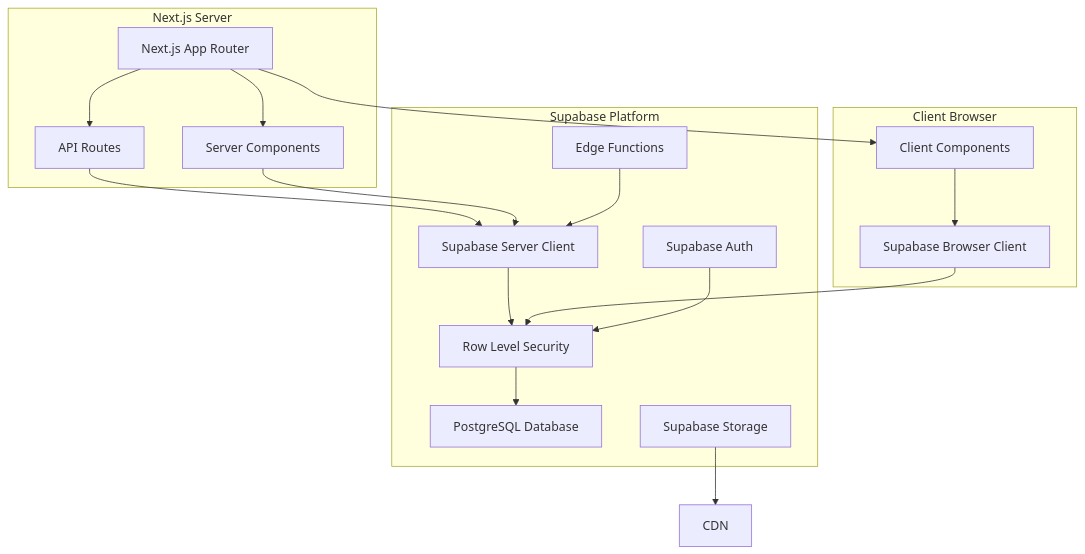
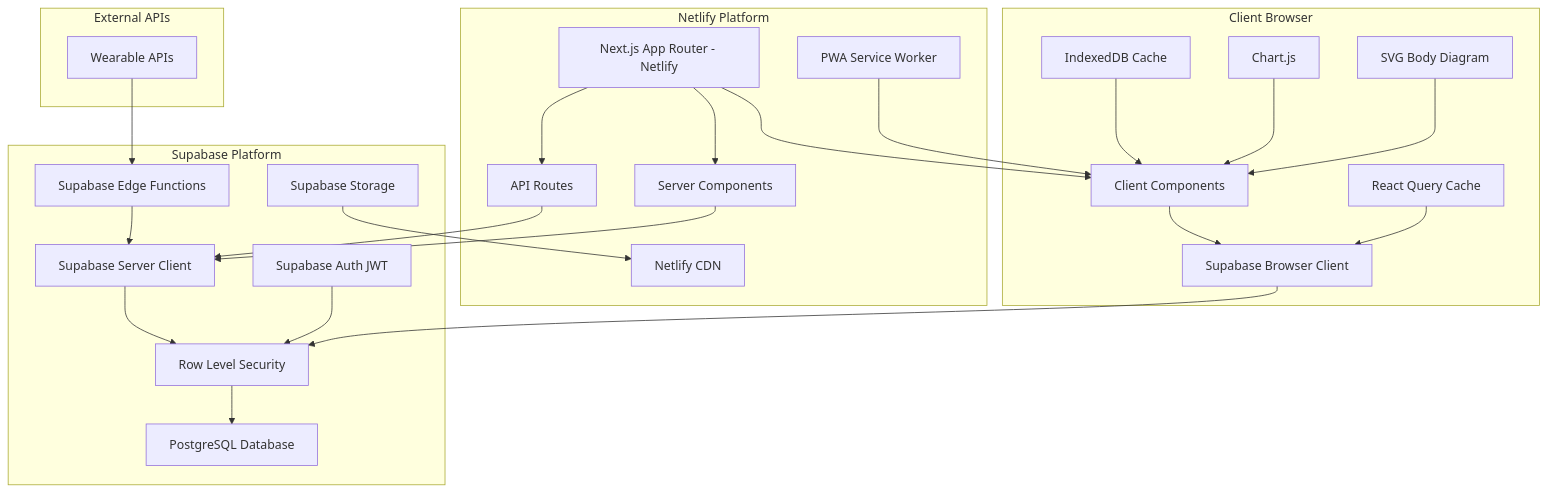
One commit to jostincp/FitTrackerPro changed the second of 3 diagrams in .trae/documents/Technical_Architecture_FitTracker_Pro_v2.md. Above: the diagram before and after it, drawn with Mermaid. The commit also changed other lines of this file and 1 other file, not shown here.

````diff
--- a/.trae/documents/Technical_Architecture_FitTracker_Pro_v2.md
+++ b/.trae/documents/Technical_Architecture_FitTracker_Pro_v2.md
@@ -183,39 +220,57 @@
 ```mermaid
 graph TD
-    A[Next.js App Router] --> B[API Routes]
+    A[Next.js App Router - Netlify] --> B[API Routes]
     A --> C[Server Components]
     A --> D[Client Components]
     
     B --> E[Supabase Server Client]
     C --> E
     D --> F[Supabase Browser Client]
     
     E --> G[Row Level Security]
     F --> G
     
     G --> H[PostgreSQL Database]
     
-    I[Edge Functions] --> E
-    J[Supabase Auth] --> G
-    K[Supabase Storage] --> L[CDN]
+    I[Supabase Edge Functions] --> E
+    J[Supabase Auth JWT] --> G
+    K[Supabase Storage] --> L[Netlify CDN]
     
-    subgraph "Next.js Server"
+    M[PWA Service Worker] --> D
+    N[IndexedDB Cache] --> D
+    O[React Query Cache] --> F
+    
+    P[Wearable APIs] --> I
+    Q[Chart.js] --> D
+    R[SVG Body Diagram] --> D
+    
+    subgraph "Netlify Platform"
         A
         B
         C
+        L
+        M
     end
     
     subgraph "Client Browser"
         D
         F
+        N
+        O
+        Q
+        R
     end
     
     subgraph "Supabase Platform"
         E
         G
         H
         I
         J
         K
     end
+    
+    subgraph "External APIs"
+        P
+    end
 ```
````
